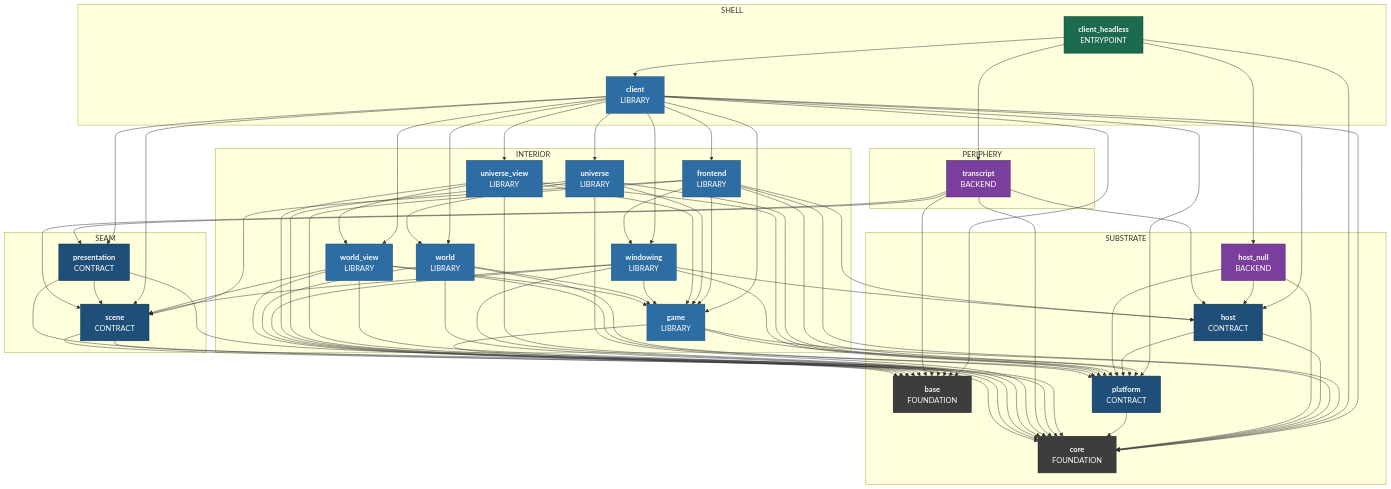
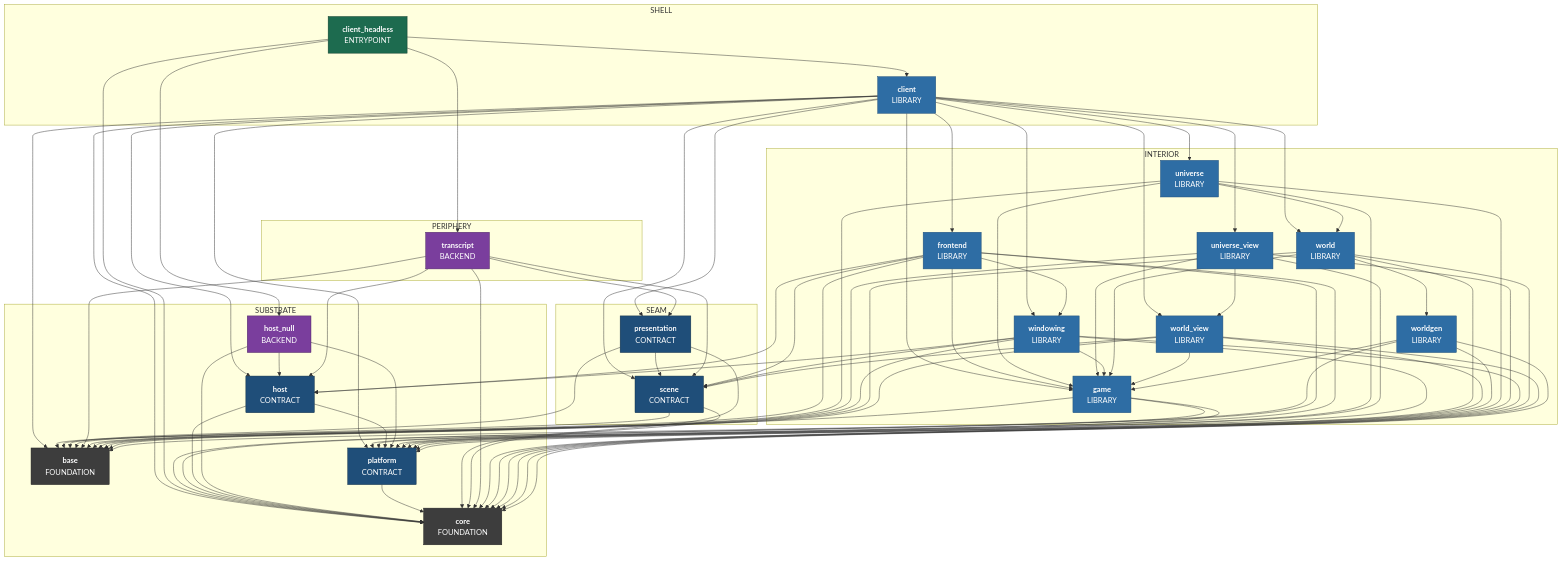
The third of 9 diagrams in docs/superpowers/specs/2026-08-01-sovereign-headless-client-design.md (apnex/OpenStarbound), drawn with Mermaid before and after one commit. The commit also changed other lines of this file and 2 other files, not shown here.

````diff
--- a/docs/superpowers/specs/2026-08-01-sovereign-headless-client-design.md
+++ b/docs/superpowers/specs/2026-08-01-sovereign-headless-client-design.md
@@ -937,6 +981,7 @@
     windowing["<b>windowing</b><br/>LIBRARY"]
     world["<b>world</b><br/>LIBRARY"]
     world_view["<b>world_view</b><br/>LIBRARY"]
+    worldgen["<b>worldgen</b><br/>LIBRARY"]
   end
   subgraph Z_PERIPHERY ["PERIPHERY"]
     transcript["<b>transcript</b><br/>BACKEND"]
@@ -1008,11 +1053,16 @@
   world --> core
   world --> game
   world --> platform
+  world --> worldgen
   world_view --> base
   world_view --> core
   world_view --> game
   world_view --> platform
   world_view --> scene
+  worldgen --> base
+  worldgen --> core
+  worldgen --> game
+  worldgen --> platform
   classDef kFoundation fill:#3d3d3d,stroke:#1f1f1f,color:#fff
   classDef kContract fill:#1f4e79,stroke:#0f2d46,color:#fff
   classDef kBackend fill:#7a3e9d,stroke:#4d2763,color:#fff
@@ -1021,6 +1071,6 @@
   class base,core kFoundation
   class host,platform,presentation,scene kContract
   class host_null,transcript kBackend
-  class client,frontend,game,universe,universe_view,windowing,world,world_view kLibrary
+  class client,frontend,game,universe,universe_view,windowing,world,world_view,worldgen kLibrary
   class client_headless kEntrypoint
 ```
````
